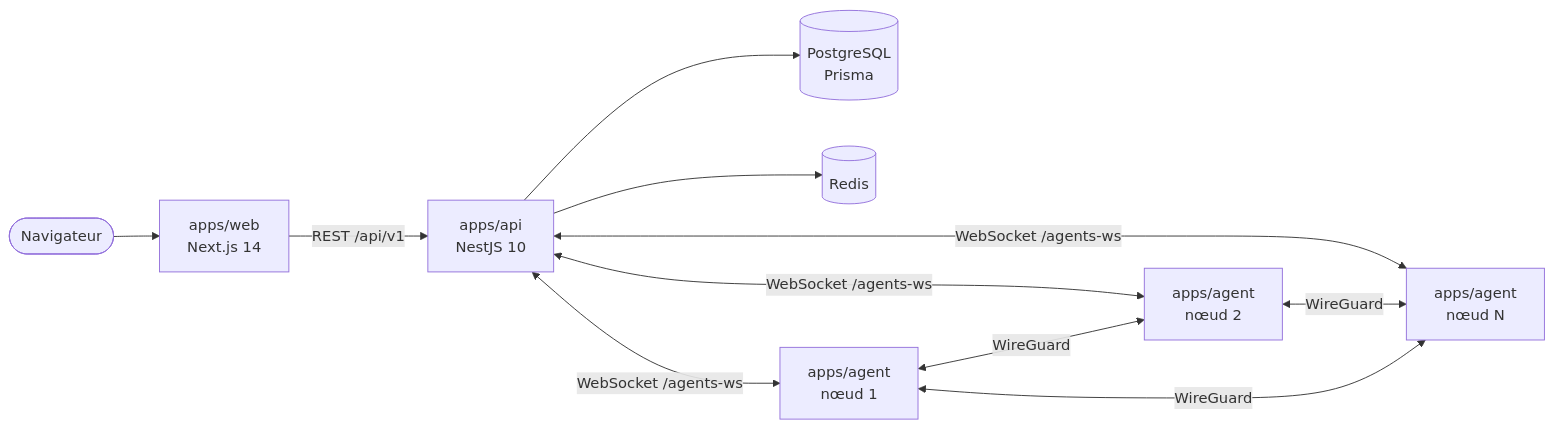
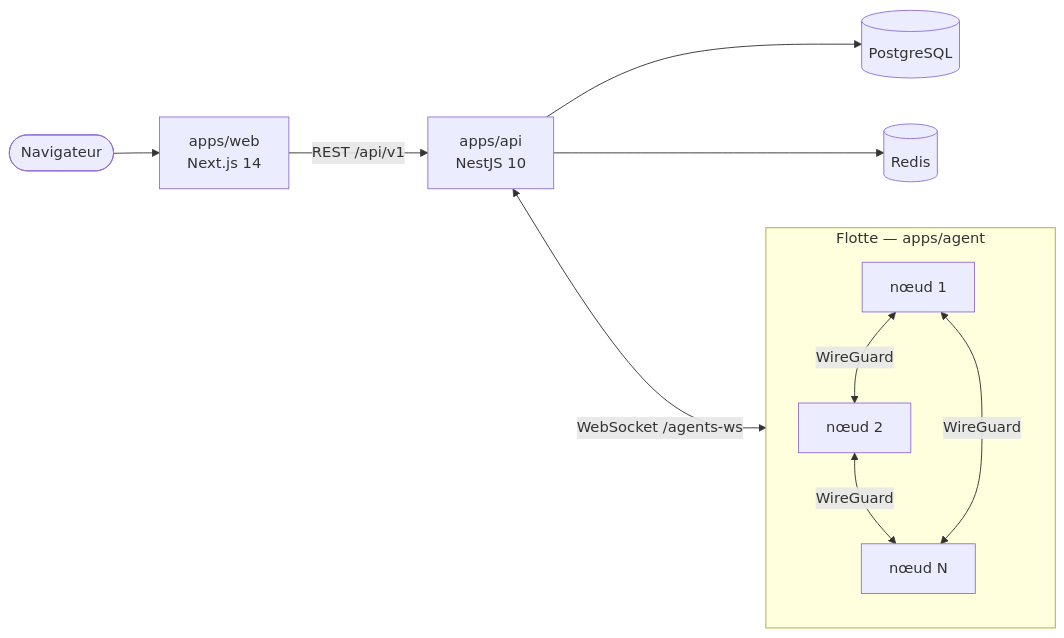
Before and after one commit to enzogh/Tarmac: the diagram in README.md, drawn with Mermaid.

Commit message:
Le schéma d'architecture regroupe la flotte au lieu de l'éparpiller
Les trois liens WebSocket et le maillage WireGuard se croisaient en
travers du diagramme, qui s'étalait sans se lire. Les nœuds passent
dans un sous-graphe « Flotte », ce qui ramène les trois liens vers le
control plane à un seul et garde le maillage à l'intérieur de son
cadre. Vérifié au rendu Mermaid 10.

````diff
--- a/README.md
+++ b/README.md
@@ -91,13 +91,15 @@
 ```mermaid
 flowchart LR
     U(["Navigateur"]) --> W["apps/web<br/>Next.js 14"]
-    W -- REST /api/v1 --> A["apps/api<br/>NestJS 10"]
-    A --> P[("PostgreSQL<br/>Prisma")]
-    A --> R[("Redis")]
-    A <-- "WebSocket /agents-ws" --> N1["apps/agent<br/>nœud 1"]
-    A <-- "WebSocket /agents-ws" --> N2["apps/agent<br/>nœud 2"]
-    A <-- "WebSocket /agents-ws" --> N3["apps/agent<br/>nœud N"]
-    N1 <-- WireGuard --> N2
-    N2 <-- WireGuard --> N3
-    N1 <-- WireGuard --> N3
+    W -- "REST /api/v1" --> A["apps/api<br/>NestJS 10"]
+    A --> DB[("PostgreSQL")]
+    A --> RD[("Redis")]
+    A <-- "WebSocket /agents-ws" --> F
+
+    subgraph F["Flotte &mdash; apps/agent"]
+        direction TB
+        N1["nœud 1"] <-- WireGuard --> N2["nœud 2"]
+        N2 <-- WireGuard --> N3["nœud N"]
+        N1 <-- WireGuard --> N3
+    end
 ```
````
